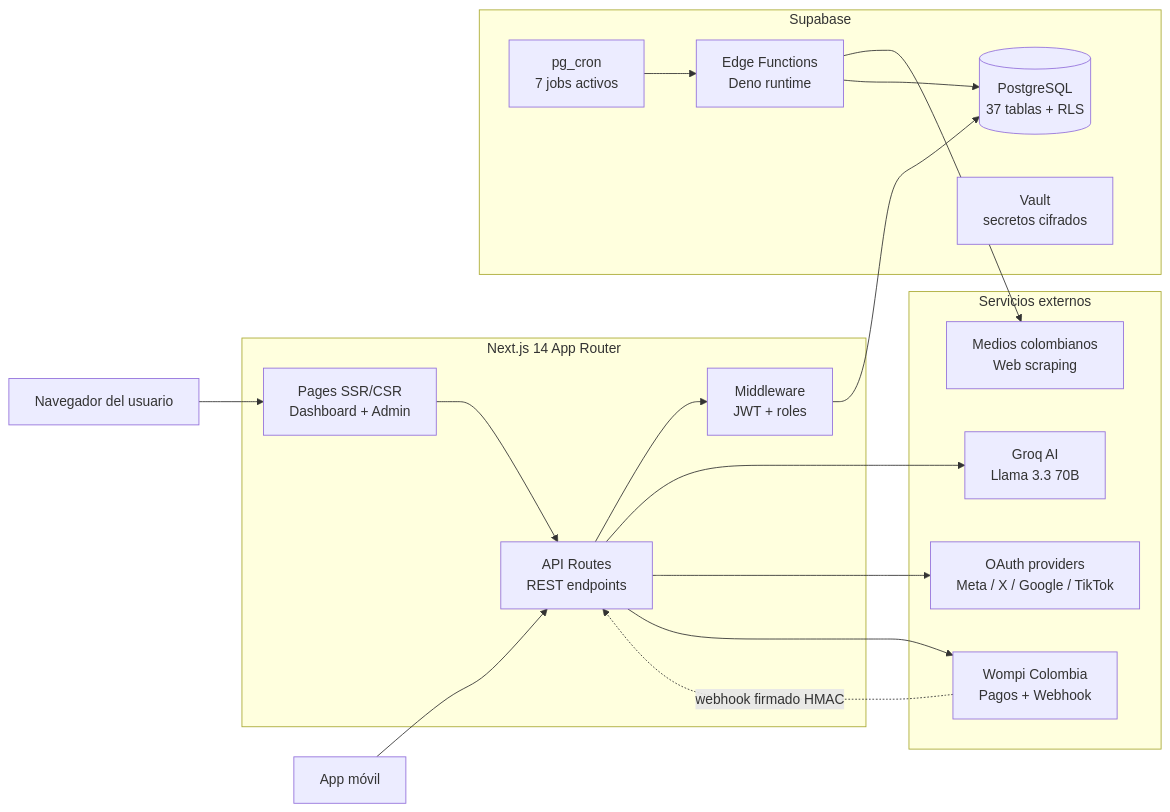
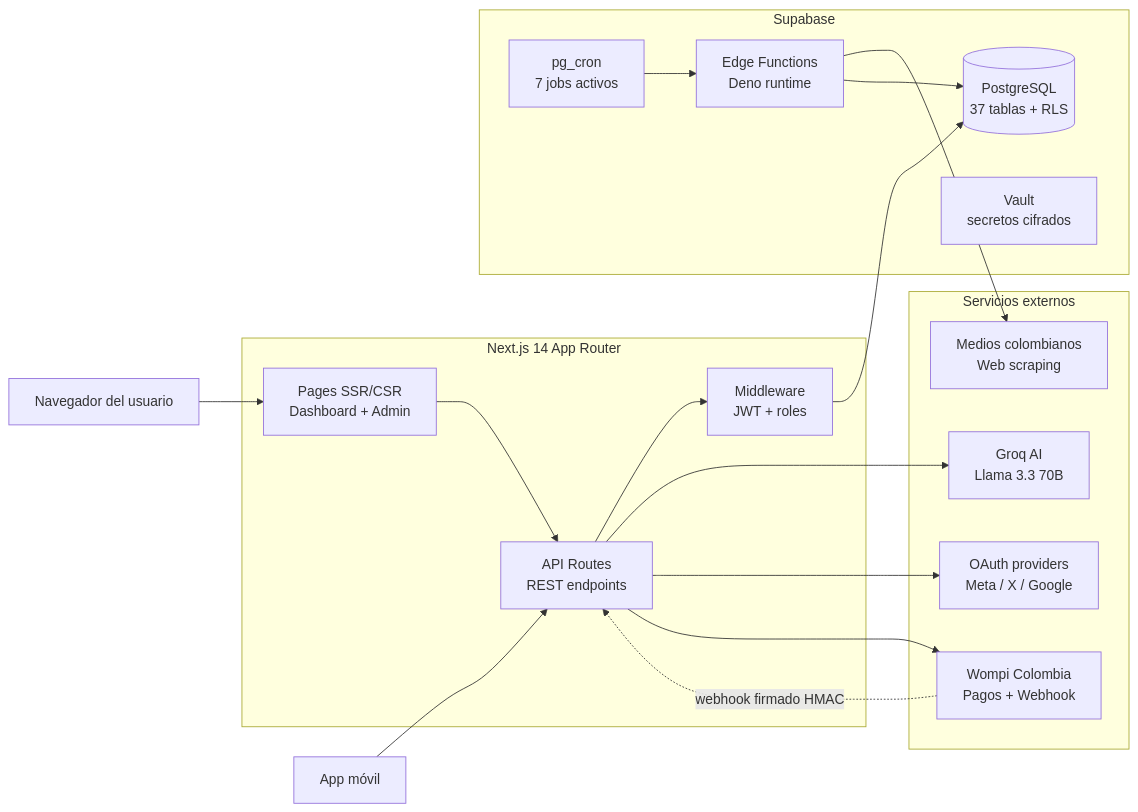
One commit to engel48/Reputaciononlineweb changed the diagram in README.md. Above: the diagram before and after it, drawn with Mermaid. The commit also changed other lines of this file and 2 other files, not shown here.

Commit message:
chore: eliminar referencias a TikTok (solo soportamos 4 redes: FB, IG, X, YT)

````diff
--- a/README.md
+++ b/README.md
@@ -54,38 +54,38 @@
 ```mermaid
 flowchart LR
     Browser[Navegador del usuario]
     Mobile[App móvil]
 
     subgraph NextApp[Next.js 14 App Router]
         Pages[Pages SSR/CSR<br/>Dashboard + Admin]
         API[API Routes<br/>REST endpoints]
         Middleware[Middleware<br/>JWT + roles]
     end
 
     subgraph Supabase[Supabase]
         DB[(PostgreSQL<br/>37 tablas + RLS)]
         Edge[Edge Functions<br/>Deno runtime]
         Cron[pg_cron<br/>7 jobs activos]
         Vault[Vault<br/>secretos cifrados]
     end
 
     subgraph External[Servicios externos]
         Groq[Groq AI<br/>Llama 3.3 70B]
-        OAuth[OAuth providers<br/>Meta / X / Google / TikTok]
+        OAuth[OAuth providers<br/>Meta / X / Google]
         Wompi[Wompi Colombia<br/>Pagos + Webhook]
         News[Medios colombianos<br/>Web scraping]
     end
 
     Browser --> Pages
     Mobile --> API
     Pages --> API
     API --> Middleware
     Middleware --> DB
     API --> Groq
     API --> OAuth
     API --> Wompi
     Cron --> Edge
     Edge --> News
     Edge --> DB
     Wompi -. webhook firmado HMAC .-> API
 ```
````
